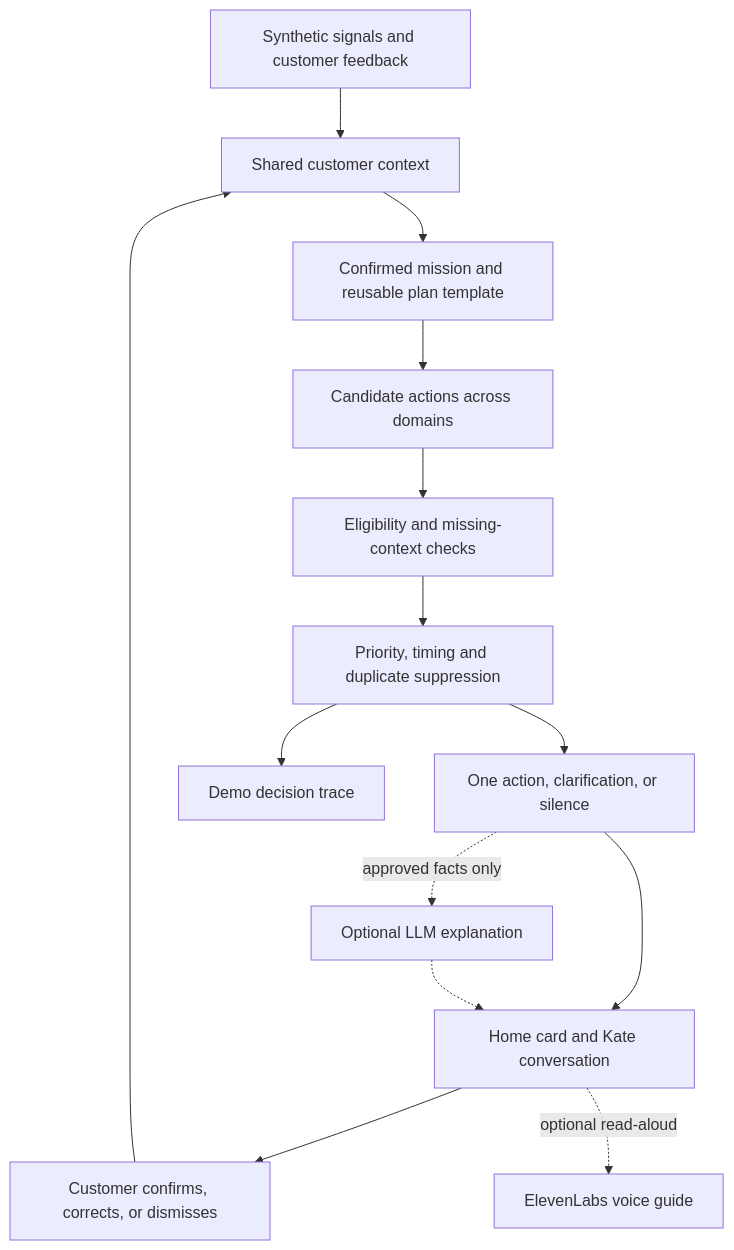
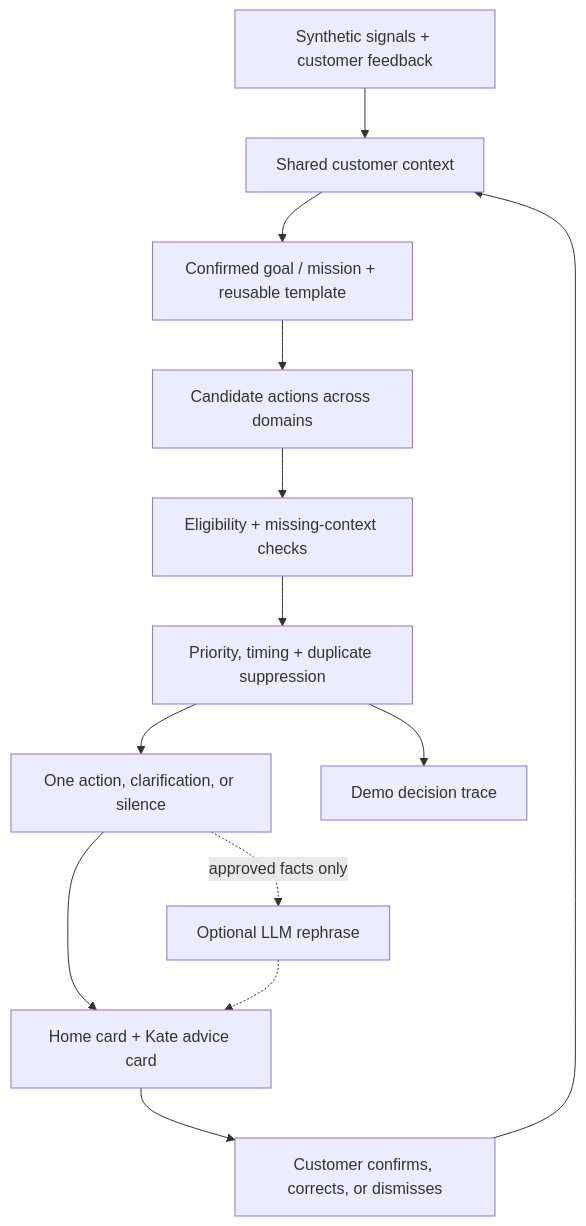
The diagram in README.md (ShayChen817/Pirates0fLeuven), drawn with Mermaid before and after one commit. The commit also changed other lines of this file and 1 other file, not shown here.

First line of the commit message:
Propose Goals-as-hero direction with a Saving mission

````diff
--- a/README.md
+++ b/README.md
@@ -264,16 +85,15 @@
 ```mermaid
 flowchart TD
-    A[Synthetic signals and customer feedback] --> B[Shared customer context]
-    B --> M[Confirmed mission and reusable plan template]
+    A[Synthetic signals + customer feedback] --> B[Shared customer context]
+    B --> M[Confirmed goal / mission + reusable template]
     M --> C[Candidate actions across domains]
-    C --> D[Eligibility and missing-context checks]
-    D --> E[Priority, timing and duplicate suppression]
+    C --> D[Eligibility + missing-context checks]
+    D --> E[Priority, timing + duplicate suppression]
     E --> F[One action, clarification, or silence]
-    F --> G[Home card and Kate conversation]
+    F --> G[Home card + Kate advice card]
     G --> H[Customer confirms, corrects, or dismisses]
     H --> B
     E --> I[Demo decision trace]
-    F -. approved facts only .-> J[Optional LLM explanation]
+    F -. approved facts only .-> J[Optional LLM rephrase]
     J -.-> G
-    G -. optional read-aloud .-> V[ElevenLabs voice guide]
 ```
````
